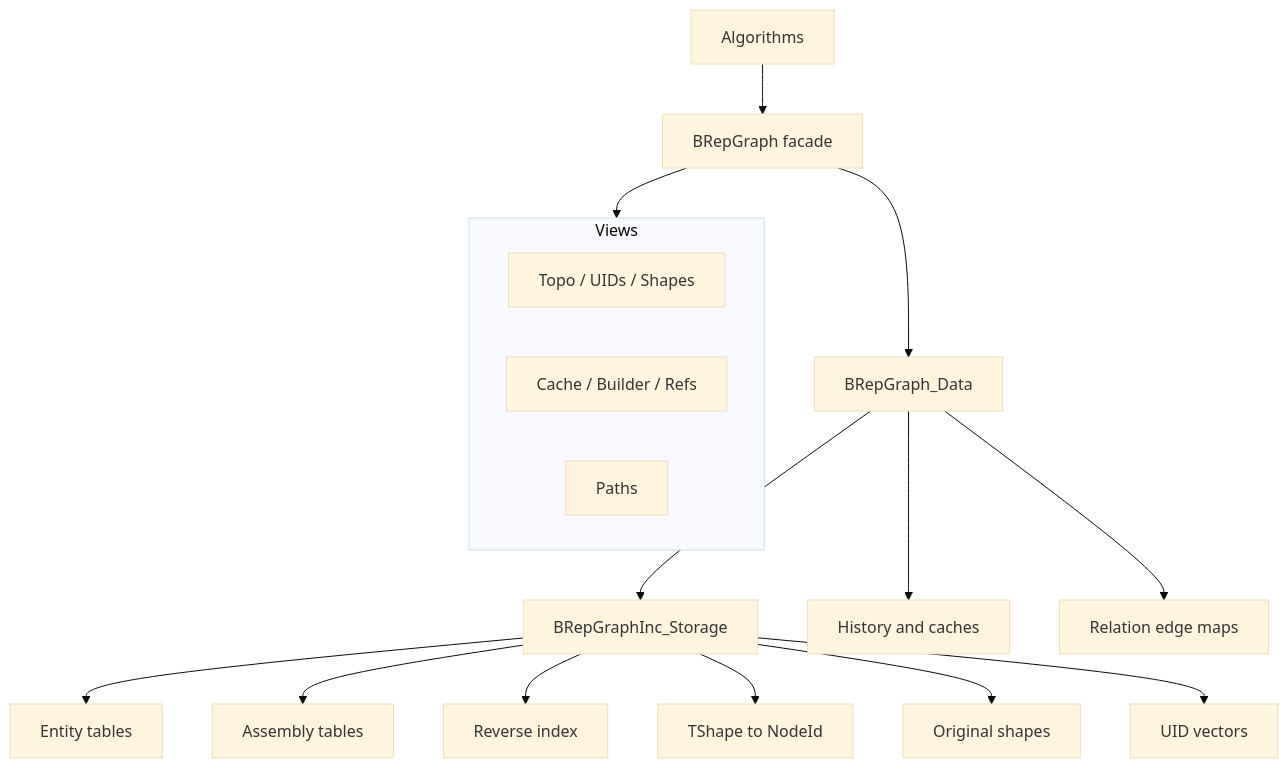
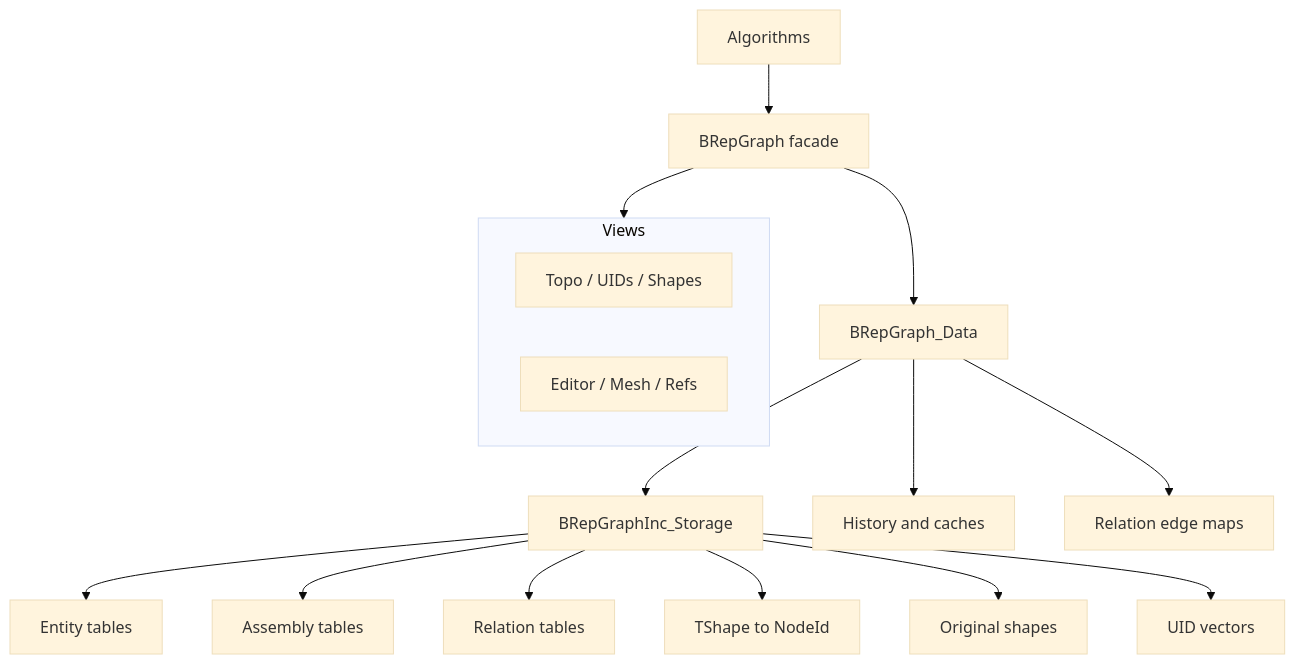
One commit to dpasukhi/OCCT changed the first of 4 diagrams in src/ModelingData/TKBRep/BRepGraph/README.md. Above: the diagram before and after it, drawn with Mermaid (base theme). The commit also changed other lines of this file and 187 other files, not shown here.

````diff
--- a/src/ModelingData/TKBRep/BRepGraph/README.md
+++ b/src/ModelingData/TKBRep/BRepGraph/README.md
@@ -52,23 +55,22 @@
 ```mermaid
 flowchart TB
   A[Algorithms] --> G[BRepGraph facade]
 
   subgraph Views
     V1[Topo / UIDs / Shapes]
-    V2[Cache / Builder / Refs]
-    V3[Paths]
+    V2[Editor / Mesh / Refs]
   end
 
   G --> Views
   G --> D[BRepGraph_Data]
   D --> S[BRepGraphInc_Storage]
   D --> H[History and caches]
   D --> R[Relation edge maps]
 
   S --> E[Entity tables]
   S --> AS[Assembly tables]
-  S --> X[Reverse index]
+  S --> X[Relation tables]
   S --> T[TShape to NodeId]
   S --> O[Original shapes]
   S --> U[UID vectors]
 ```
````
